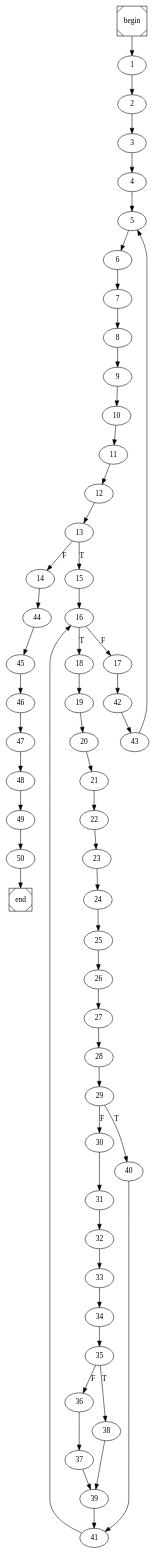
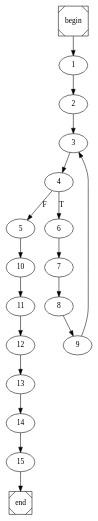
One commit to nunores/Java-Compiler changed the diagram in main.dot. Above: the diagram before and after it, drawn with Graphviz. The commit also changed 32 other files, not shown here.

```diff
--- a/main.dot
+++ b/main.dot
@@ -1,4 +1,4 @@
 digraph cfg {
 	begin [shape=Msquare];
 	end [shape=Msquare];
-	begin -> 1;	1 -> 2;	2 -> 3;	3 -> 4;	4 -> 5;	5 -> 6;	6 -> 7;	7 -> 8;	8 -> 9;	9 -> 10;	10 -> 11;	11 -> 12;	12 -> 13;	13 -> 15[label=T];	13 -> 14[label=F];	14 -> 44;	15 -> 16;	16 -> 18[label=T];	16 -> 17[label=F];	17 -> 42;	18 -> 19;	19 -> 20;	20 -> 21;	21 -> 22;	22 -> 23;	23 -> 24;	24 -> 25;	25 -> 26;	26 -> 27;	27 -> 28;	28 -> 29;	29 -> 40[label=T];	29 -> 30[label=F];	30 -> 31;	31 -> 32;	32 -> 33;	33 -> 34;	34 -> 35;	35 -> 38[label=T];	35 -> 36[label=F];	36 -> 37;	37 -> 39;	38 -> 39;	39 -> 41;	40 -> 41;	41 -> 16;	42 -> 43;	43 -> 5;	44 -> 45;	45 -> 46;	46 -> 47;	47 -> 48;	48 -> 49;	49 -> 50;	50 -> end;}
+	begin -> 1;	1 -> 2;	2 -> 3;	3 -> 4;	4 -> 6[label=T];	4 -> 5[label=F];	5 -> 10;	6 -> 7;	7 -> 8;	8 -> 9;	9 -> 3;	10 -> 11;	11 -> 12;	12 -> 13;	13 -> 14;	14 -> 15;	15 -> end;}
```
